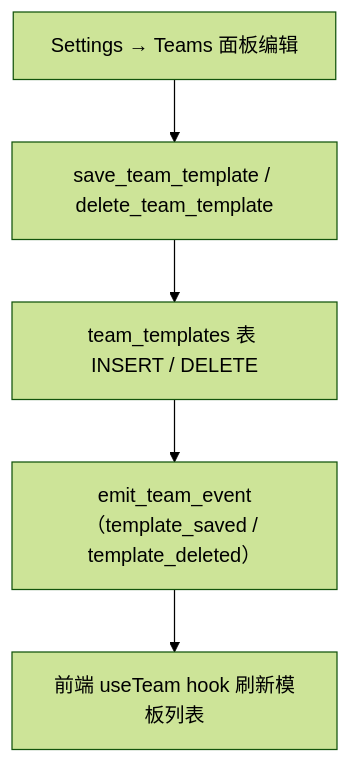
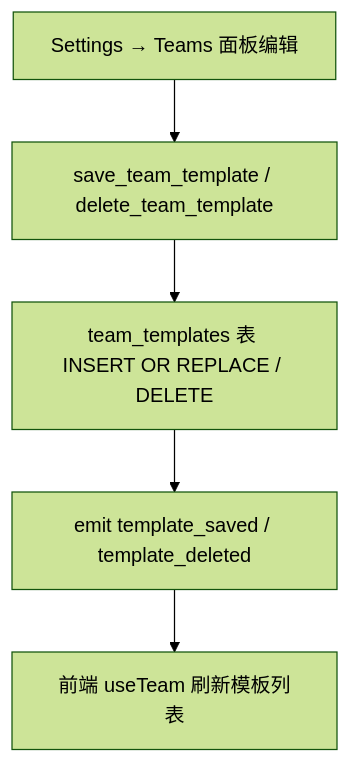
The ninth of 9 diagrams in docs/architecture/agent-team.md (shiwenwen/hope-agent), drawn with Mermaid (forest theme) before and after one commit. The commit also changed other lines of this file and 11 other files, not shown here.

````diff
--- a/docs/architecture/agent-team.md
+++ b/docs/architecture/agent-team.md
@@ -320,9 +414,9 @@
 ```mermaid
 flowchart TD
     A["Settings → Teams 面板编辑"]
     B["save_team_template / delete_team_template"]
-    C["team_templates 表 INSERT / DELETE"]
-    D["emit_team_event（template_saved / template_deleted）"]
-    E["前端 useTeam hook 刷新模板列表"]
+    C["team_templates 表 INSERT OR REPLACE / DELETE"]
+    D["emit template_saved / template_deleted"]
+    E["前端 useTeam 刷新模板列表"]
     A --> B --> C --> D --> E
 ```
````
